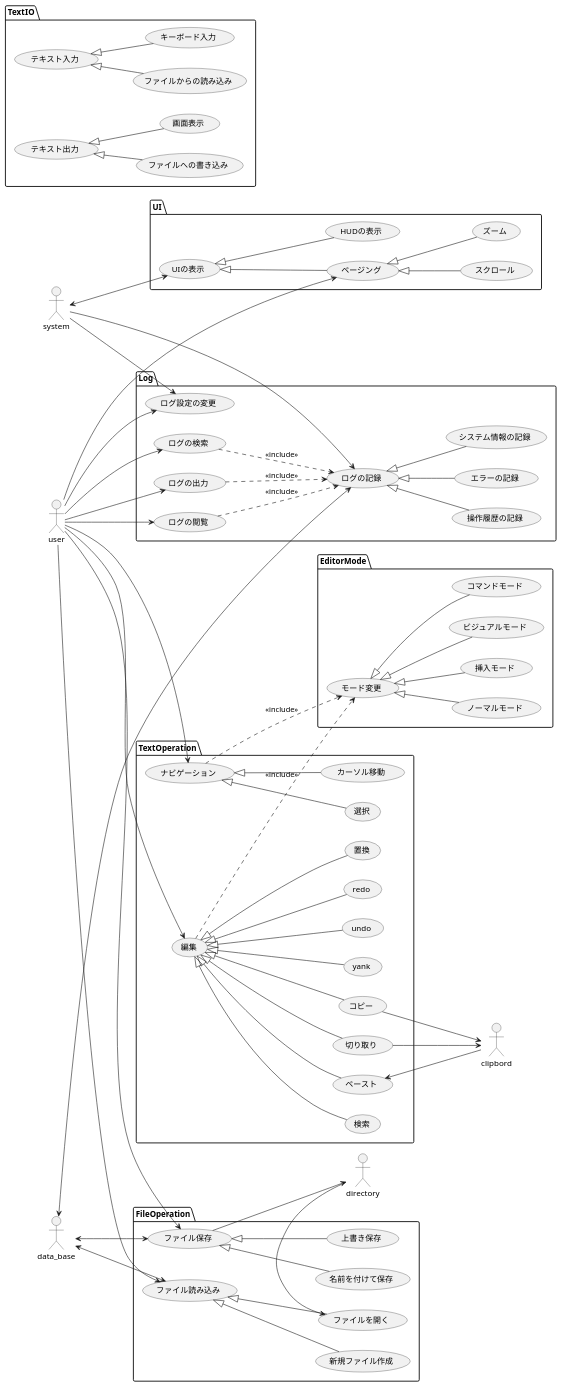
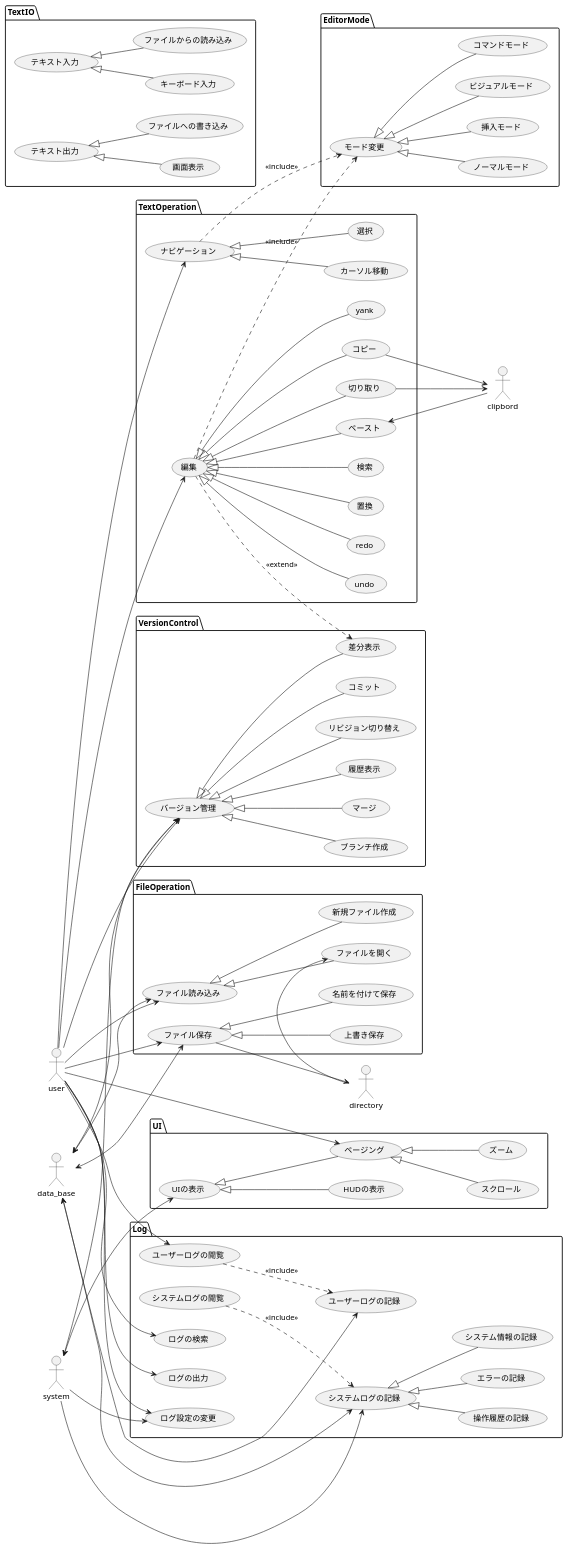
One commit to aka1ha2n3e/project00 changed the diagram in uml/usecase.puml. Above: the diagram before and after it, drawn with PlantUML.

Commit message:
logの編集

```diff
--- a/uml/usecase.puml
+++ b/uml/usecase.puml
@@ -1,157 +1,184 @@
 @startuml
 
 left to right direction
 
 
 
 package EditorMode {
     usecase (モード変更) as modeChange
     usecase (ノーマルモード) as normalMode
     usecase (挿入モード) as insertMode
     usecase (ビジュアルモード) as visualMode
     usecase (コマンドモード) as commandMode
 
     modeChange <|-- normalMode
     modeChange <|-- insertMode
     modeChange <|-- visualMode
     modeChange <|-- commandMode
+}
+
+package VersionControl {
+    usecase (バージョン管理) as versionControl
+    usecase (コミット) as commit
+    usecase (ブランチ作成) as createBranch
+    usecase (マージ) as merge
+    usecase (履歴表示) as showHistory
+    usecase (差分表示) as showDiff
+    usecase (リビジョン切り替え) as switchRevision
+
+    versionControl <|-- commit
+    versionControl <|-- createBranch
+    versionControl <|-- merge
+    versionControl <|-- showHistory
+    versionControl <|-- showDiff
+    versionControl <|-- switchRevision
 }
 
 package TextOperation{
     usecase (コピー) as copy
     usecase (切り取り) as cut
     usecase (ペースト) as paste
 
     usecase (yank) as yank
     usecase (undo) as undo
     usecase (redo) as redo
 
     usecase (置換) as replace
     usecase (検索) as search
 
     usecase (編集) as edit
 
     usecase (ナビゲーション) as navi
 
     edit <|-- copy
     edit <|-- cut
     edit <|-- paste
     edit <|-- yank
     edit <|-- undo
     edit <|-- redo
     edit <|-- replace
     edit <|-- search
 
     usecase (カーソル移動) as moveCursor
     usecase (選択) as block
     navi <|-- moveCursor
     navi <|-- block
 
     edit ..> modeChange : <<include>>
     navi ..> modeChange : <<include>>
+    edit ..> showDiff : <<extend>>
 }
 
 package FileOperation{
     usecase (ファイル保存) as saveFile
     usecase (ファイル読み込み) as loadFile
 
     usecase (上書き保存) as overwriteSave
     usecase (名前を付けて保存) as saveAs
 
     usecase (ファイルを開く) as openFile
     usecase (新規ファイル作成) as newFile
 
     saveFile <|-- overwriteSave
     saveFile <|-- saveAs
 
     loadFile <|-- openFile
     loadFile <|-- newFile
 }
 
 package Log{
-    usecase (ログの記録) as logRecord
-    usecase (ログの閲覧) as viewLog
+    usecase (システムログの記録) as recordSystemLog
+    usecase (システムログの閲覧) as viewSystemLog
+
+    usecase (ユーザーログの記録) as recordUserLog
+    usecase (ユーザーログの閲覧) as viewUserLog
     usecase (ログの検索) as searchLog
     usecase (ログの出力) as exportLog
     usecase (ログ設定の変更) as configureLog
 
     usecase (操作履歴の記録) as operationHistory
     usecase (エラーの記録) as errorLog
-    usecase (システム情報の記録) as systemInfoLog
+    usecase (システム情報の記録) as infoSystemLog
 
-    logRecord <|-- operationHistory
-    logRecord <|-- errorLog
-    logRecord <|-- systemInfoLog
+    recordSystemLog <|-- operationHistory
+    recordSystemLog <|-- errorLog
+    recordSystemLog <|-- infoSystemLog
 
-    viewLog ..> logRecord : <<include>>
-    searchLog ..> logRecord : <<include>>
-    exportLog ..> logRecord : <<include>>
+    viewSystemLog ..> recordSystemLog : <<include>>
+    viewUserLog ..> recordUserLog : <<include>>
 }
 
 package UI {
     (HUDの表示) as HUD
     (UIの表示) as ui
     (スクロール) as scroll
     (ズーム) as zoom
 
     (ページング) as paging
 
     paging <|-- scroll
     paging <|-- zoom
 
     ui <|-- paging
     ui <|-- HUD
 }
 
 package TextIO {
         usecase (テキスト入力) as textInput
     usecase (テキスト出力) as textOutput
     
     usecase (キーボード入力) as keyboardInput
     usecase (ファイルからの読み込み) as fileInput
     
     usecase (画面表示) as screenOutput
     usecase (ファイルへの書き込み) as fileOutput
     
     textInput <|-- keyboardInput
     textInput <|-- fileInput
     
     textOutput <|-- screenOutput
     textOutput <|-- fileOutput
 }
 
 :user:
 user --> loadFile
 user --> saveFile
 
 user --> edit
 user --> navi
    
-user --> viewLog
+user --> viewUserLog
 user --> searchLog
 user --> exportLog
 user --> configureLog
 
 user --> paging
 
+user --> versionControl
+
 :directory:
 saveFile --> directory
 directory --> openFile
 
 :data_base:
-data_base <--> logRecord
+data_base <--> recordUserLog
+data_base <--> recordSystemLog
 data_base <--> saveFile
 data_base <--> loadFile
 
+data_base <--> versionControl
+
 :system:
-system --> logRecord
+system --> recordSystemLog
 system --> configureLog
 
 system <--> ui
+
+system <--> versionControl
 
 :clipbord:
 copy --> clipbord 
 cut --> clipbord 
 clipbord --> paste
 
 @enduml
```
